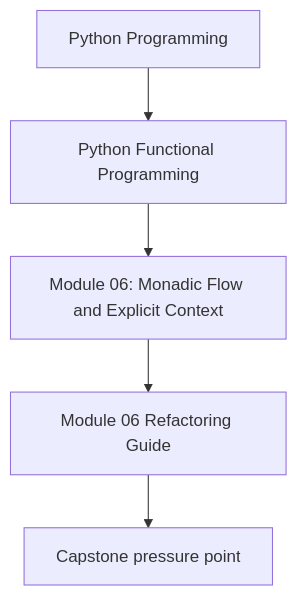
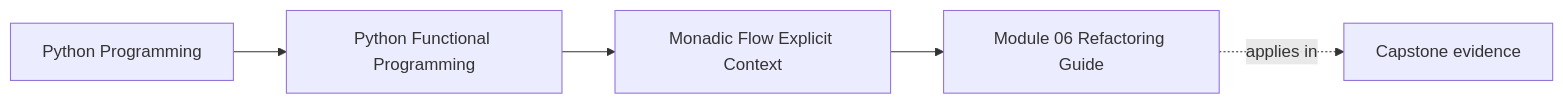
Before and after one commit to bijux/bijux-masterclass: the first of 2 diagrams in programs/python-programming/python-functional-programming/course-book/module-06-monadic-flow-explicit-context/refactoring-guide.md, drawn with Mermaid. The commit also changed other lines of this file and 108 other files, not shown here.

Commit message:
docs(python-functional-programming): map capstone and advanced design surfaces

````diff
--- a/programs/python-programming/python-functional-programming/course-book/module-06-monadic-flow-explicit-context/refactoring-guide.md
+++ b/programs/python-programming/python-functional-programming/course-book/module-06-monadic-flow-explicit-context/refactoring-guide.md
@@ -7,7 +7,11 @@
 ```mermaid
-flowchart TD
-  family["Python Programming"] --> program["Python Functional Programming"]
-  program --> module["Module 06: Monadic Flow and Explicit Context"]
-  module --> concept["Module 06 Refactoring Guide"]
-  concept --> capstone["Capstone pressure point"]
+graph LR
+  family["Python Programming"]
+  program["Python Functional Programming"]
+  section["Monadic Flow Explicit Context"]
+  page["Module 06 Refactoring Guide"]
+  capstone["Capstone evidence"]
+
+  family --> program --> section --> page
+  page -.applies in.-> capstone
 ```
````
